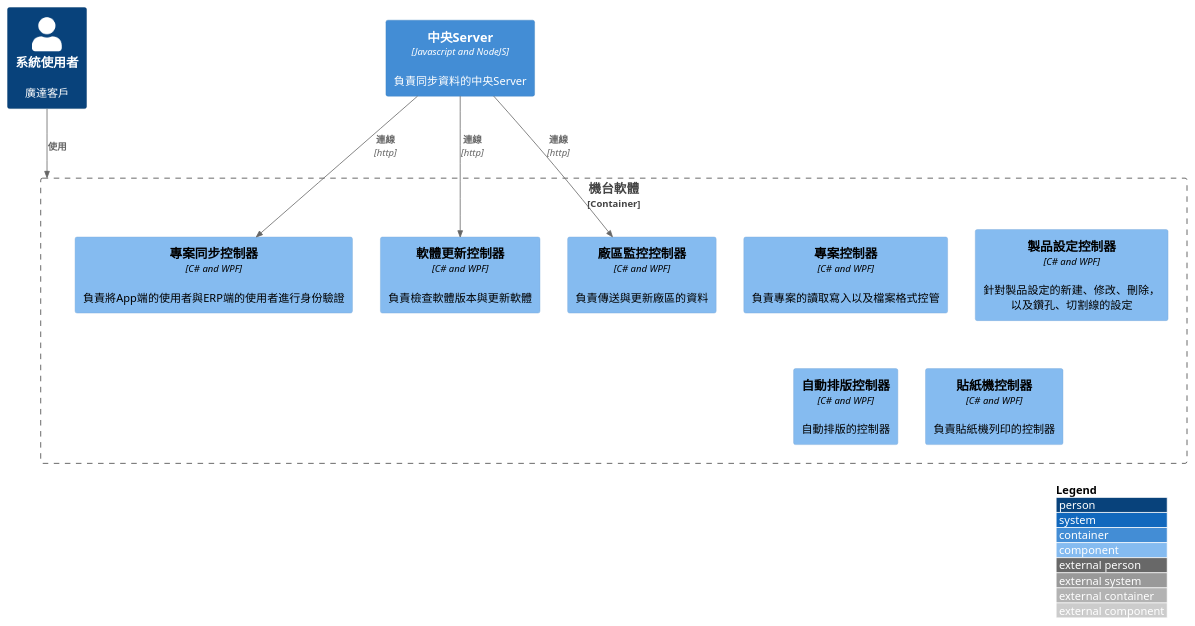
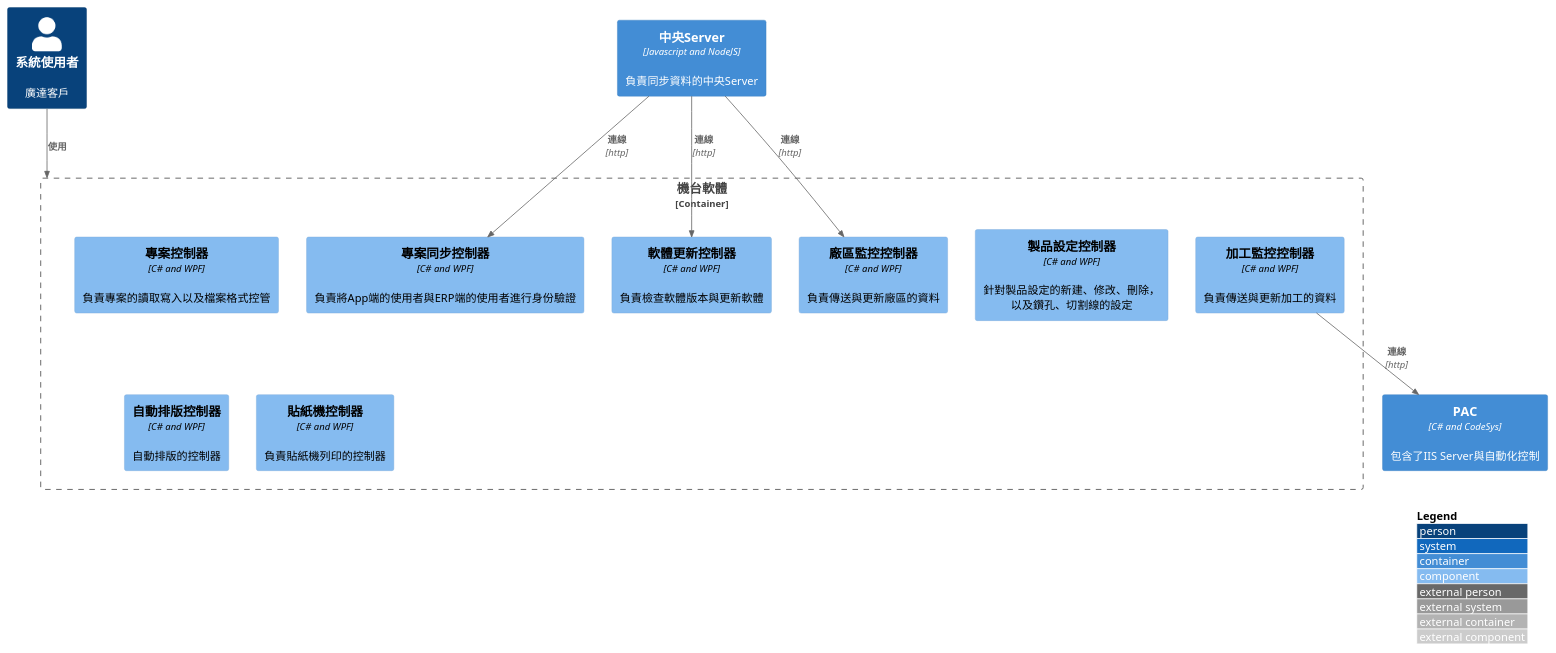
The diagram in src/廣達系統/機台軟體/component.puml (guanda-team/guanda-c4-model), drawn with PlantUML before and after one commit. The commit also changed 8 other files, not shown here.

```diff
--- a/src/廣達系統/機台軟體/component.puml
+++ b/src/廣達系統/機台軟體/component.puml
@@ -1,26 +1,31 @@
 @startuml
 !include https://raw.githubusercontent.com/adrianvlupu/C4-PlantUML/latest/C4_Component.puml
 
 LAYOUT_WITH_LEGEND()
 
 Person(user, "系統使用者", "廣達客戶")
 
 Container(central_server, "中央Server", "Javascript and NodeJS", "負責同步資料的中央Server")
 
 Container_Boundary(machine_app, "機台軟體") {
     Component(project_controller, "專案控制器", "C# and WPF", "負責專案的讀取寫入以及檔案格式控管")
     Component(parts_controller, "製品設定控制器", "C# and WPF", "針對製品設定的新建、修改、刪除，以及鑽孔、切割線的設定")
     Component(stock_cutting_controller, "自動排版控制器", "C# and WPF", "自動排版的控制器")
     Component(project_sync_controller, "參數設定控制器", "C# and WPF", "負責儲存與讀取參數設定的控制器")
     Component(printer_controller, "貼紙機控制器", "C# and WPF", "負責貼紙機列印的控制器")
     Component(project_sync_controller, "專案同步控制器", "C# and WPF", "負責將App端的使用者與ERP端的使用者進行身份驗證")
     Component(update_controller, "軟體更新控制器", "C# and WPF", "負責檢查軟體版本與更新軟體")
     Component(view_controller, "廠區監控控制器", "C# and WPF", "負責傳送與更新廠區的資料")
+    Component(work_controller, "加工監控控制器", "C# and WPF", "負責傳送與更新加工的資料")
 }
+
+Container(pac, "PAC", "C# and CodeSys", "包含了IIS Server與自動化控制")
 
 Rel(user, machine_app, "使用")
 
 Rel(central_server, project_sync_controller, "連線", "http")
 Rel(central_server, update_controller, "連線", "http")
 Rel(central_server, view_controller, "連線", "http")
+
+Rel(work_controller, pac, "連線", "http")
 @enduml
```
